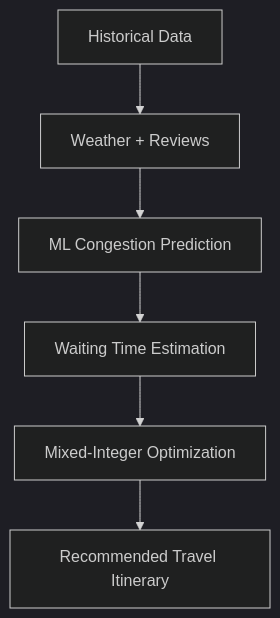
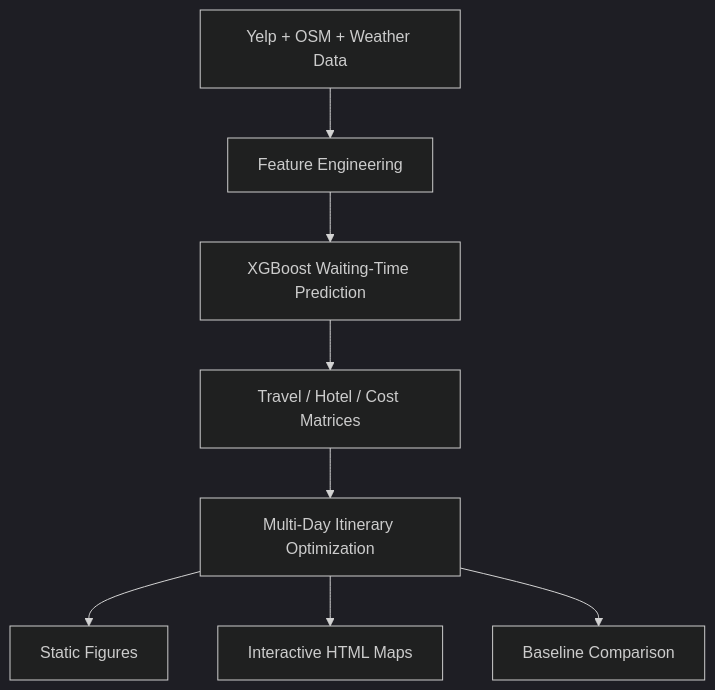
One commit to Ztang-Yit-Xiaang/weather-aware-travel-itinerary-optimization changed the diagram in README.md. Above: the diagram before and after it, drawn with Mermaid (dark theme). The commit also changed other lines of this file and 4 other files, not shown here.

````diff
--- a/README.md
+++ b/README.md
@@ -311,8 +526,10 @@
 ```mermaid
 flowchart TD
-    A[Historical Data] --> B[Weather + Reviews]
-    B --> C[ML Congestion Prediction]
-    C --> D[Waiting Time Estimation]
-    D --> E[Mixed-Integer Optimization]
-    E --> F[Recommended Travel Itinerary]
+    A[Yelp + OSM + Weather Data] --> B[Feature Engineering]
+    B --> C[XGBoost Waiting-Time Prediction]
+    C --> D[Travel / Hotel / Cost Matrices]
+    D --> E[Multi-Day Itinerary Optimization]
+    E --> F[Static Figures]
+    E --> G[Interactive HTML Maps]
+    E --> H[Baseline Comparison]
 ```
````
